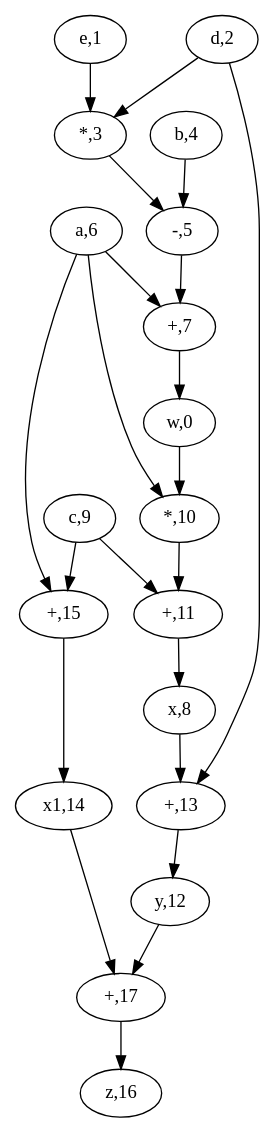
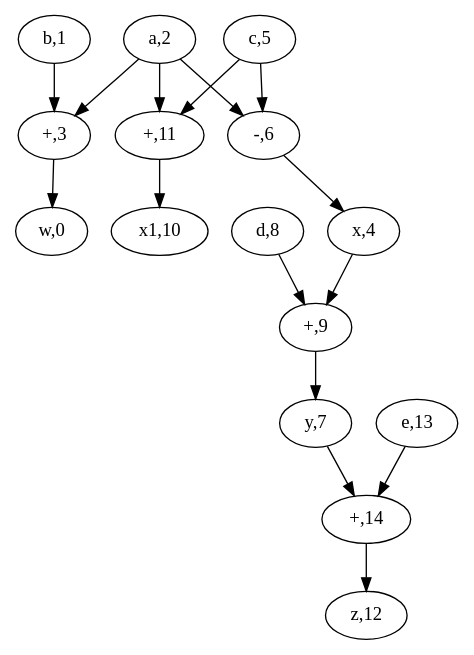
Before and after one commit to etikshajain/COL719: the diagram in A1/io/dfg_3.dot, drawn with Graphviz. The commit also changed 5 other files, not shown here.

```diff
--- a/A1/io/dfg_3.dot
+++ b/A1/io/dfg_3.dot
@@ -1,41 +1,32 @@
 digraph DFG {
-    "0x15be05e50" [label="w,0"];
-    "0x15be05e50" -> "0x15be06590";
-    "0x15be06590" [label="*,10"];
-    "0x15be06590" -> "0x15be066c0";
-    "0x15be066c0" [label="+,11"];
-    "0x15be066c0" -> "0x15be062c0";
-    "0x15be062c0" [label="x,8"];
-    "0x15be062c0" -> "0x15be06650";
-    "0x15be06650" [label="+,13"];
-    "0x15be06650" -> "0x15be06700";
-    "0x15be06700" [label="y,12"];
-    "0x15be06700" -> "0x15be06890";
-    "0x15be06890" [label="+,17"];
-    "0x15be06890" -> "0x15be06820";
-    "0x15be06820" [label="z,16"];
-    "0x15be060f0" [label="e,1"];
-    "0x15be060f0" -> "0x15be061d0";
-    "0x15be061d0" [label="*,3"];
-    "0x15be061d0" -> "0x15be06390";
-    "0x15be06390" [label="-,5"];
-    "0x15be06390" -> "0x15be06450";
-    "0x15be06450" [label="+,7"];
-    "0x15be06450" -> "0x15be05e50";
-    "0x15be06130" [label="d,2"];
-    "0x15be06130" -> "0x15be061d0";
-    "0x15be06130" -> "0x15be06650";
-    "0x15be06210" [label="b,4"];
-    "0x15be06210" -> "0x15be06390";
-    "0x15be063e0" [label="a,6"];
-    "0x15be063e0" -> "0x15be06450";
-    "0x15be063e0" -> "0x15be06590";
-    "0x15be063e0" -> "0x15be067a0";
-    "0x15be067a0" [label="+,15"];
-    "0x15be067a0" -> "0x15be06760";
-    "0x15be06760" [label="x1,14"];
-    "0x15be06760" -> "0x15be06890";
-    "0x15be06250" [label="c,9"];
-    "0x15be06250" -> "0x15be066c0";
-    "0x15be06250" -> "0x15be067a0";
+    "0x145704190" [label="w,0"];
+    "0x1457041e0" [label="b,1"];
+    "0x1457041e0" -> "0x145704390";
+    "0x145704390" [label="+,3"];
+    "0x145704390" -> "0x145704190";
+    "0x1457042d0" [label="a,2"];
+    "0x1457042d0" -> "0x145704390";
+    "0x1457042d0" -> "0x145704550";
+    "0x145704550" [label="-,6"];
+    "0x145704550" -> "0x1457043e0";
+    "0x1457043e0" [label="x,4"];
+    "0x1457043e0" -> "0x145704420";
+    "0x145704420" [label="+,9"];
+    "0x145704420" -> "0x145704120";
+    "0x145704120" [label="y,7"];
+    "0x145704120" -> "0x1457049c0";
+    "0x1457049c0" [label="+,14"];
+    "0x1457049c0" -> "0x145704850";
+    "0x145704850" [label="z,12"];
+    "0x1457042d0" -> "0x1457047d0";
+    "0x1457047d0" [label="+,11"];
+    "0x1457047d0" -> "0x145704680";
+    "0x145704680" [label="x1,10"];
+    "0x145704460" [label="c,5"];
+    "0x145704460" -> "0x145704550";
+    "0x145704460" -> "0x1457047d0";
+    "0x1457046e0" [label="d,8"];
+    "0x1457046e0" -> "0x145704420";
+    "0x1457048c0" [label="e,13"];
+    "0x1457048c0" -> "0x1457049c0";
 }
```
